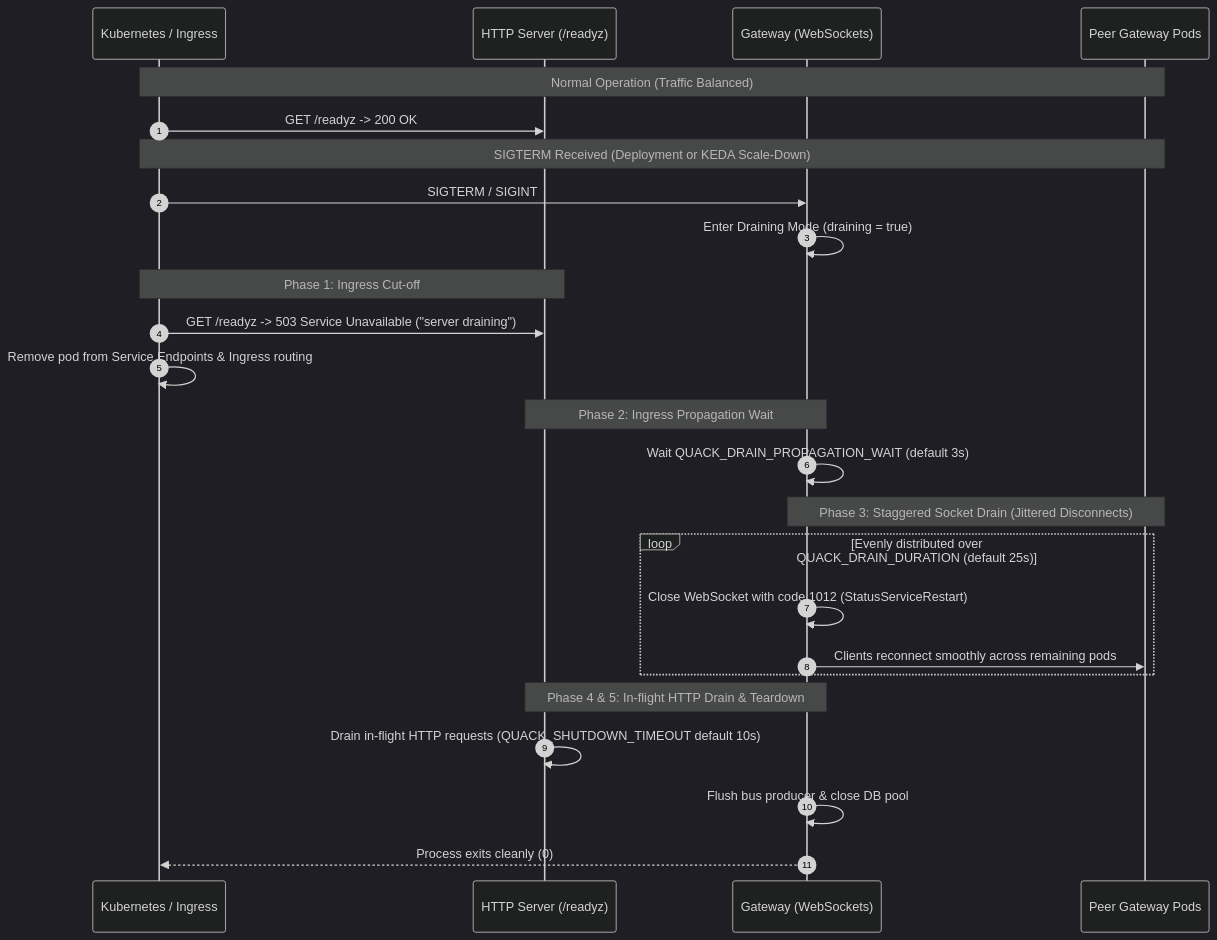
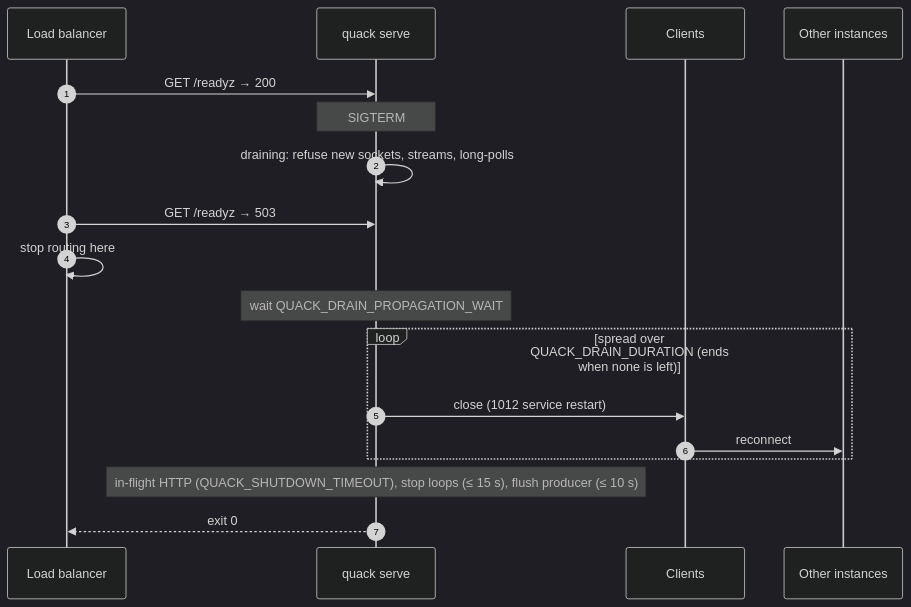
One commit to taha2samy-3/qauk-qauk changed the eighth of 8 diagrams in docs/02_architecture.md. Above: the diagram before and after it, drawn with Mermaid (dark theme). The commit also changed other lines of this file and 12 other files, not shown here.

Commit message:
docs: update API references, database schema, and architecture documentation for alerting and webhook features

````diff
--- a/docs/02_architecture.md
+++ b/docs/02_architecture.md
@@ -291,33 +300,20 @@
 ```mermaid
 sequenceDiagram
   autonumber
-  participant K8s as Kubernetes / Ingress
-  participant HTTP as HTTP Server (/readyz)
-  participant GW as Gateway (WebSockets)
-  participant Peers as Peer Gateway Pods
-
-  Note over K8s,Peers: Normal Operation (Traffic Balanced)
-  K8s->>HTTP: GET /readyz -> 200 OK
-  
-  Note over K8s,Peers: SIGTERM Received (Deployment or KEDA Scale-Down)
-  K8s->>GW: SIGTERM / SIGINT
-  GW->>GW: Enter Draining Mode (draining = true)
-  
-  Note over K8s,HTTP: Phase 1: Ingress Cut-off
-  K8s->>HTTP: GET /readyz -> 503 Service Unavailable ("server draining")
-  K8s->>K8s: Remove pod from Service Endpoints & Ingress routing
-  
-  Note over GW,HTTP: Phase 2: Ingress Propagation Wait
-  GW->>GW: Wait QUACK_DRAIN_PROPAGATION_WAIT (default 3s)
-  
-  Note over GW,Peers: Phase 3: Staggered Socket Drain (Jittered Disconnects)
-  loop Evenly distributed over QUACK_DRAIN_DURATION (default 25s)
-    GW->>GW: Close WebSocket with code 1012 (StatusServiceRestart)
-    GW->>Peers: Clients reconnect smoothly across remaining pods
+  participant LB as Load balancer
+  participant S as quack serve
+  participant C as Clients
+  participant P as Other instances
+  LB->>S: GET /readyz → 200
+  Note over S: SIGTERM
+  S->>S: draining: refuse new sockets, streams, long-polls
+  LB->>S: GET /readyz → 503
+  LB->>LB: stop routing here
+  Note over S: wait QUACK_DRAIN_PROPAGATION_WAIT
+  loop spread over QUACK_DRAIN_DURATION (ends when none is left)
+    S->>C: close (1012 service restart)
+    C->>P: reconnect
   end
-  
-  Note over HTTP,GW: Phase 4 & 5: In-flight HTTP Drain & Teardown
-  HTTP->>HTTP: Drain in-flight HTTP requests (QUACK_SHUTDOWN_TIMEOUT default 10s)
-  GW->>GW: Flush bus producer & close DB pool
-  GW-->>K8s: Process exits cleanly (0)
+  Note over S: in-flight HTTP (QUACK_SHUTDOWN_TIMEOUT), stop loops (≤ 15 s), flush producer (≤ 10 s)
+  S-->>LB: exit 0
 ```
````
